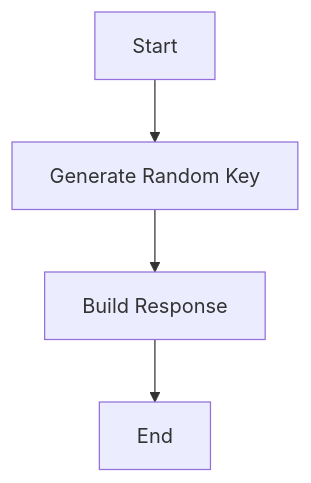
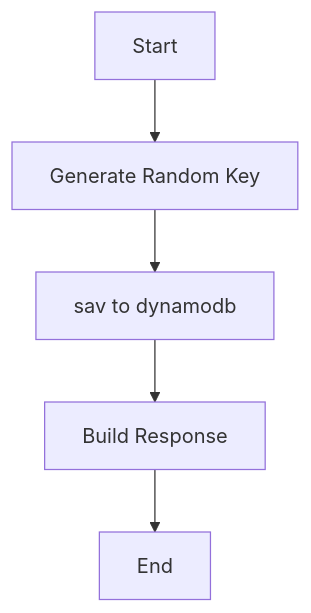
The diagram in README.md (jackjieYYY/hostloc), drawn with Mermaid before and after one commit.

````diff
--- a/README.md
+++ b/README.md
@@ -3,6 +3,7 @@
 ```mermaid
 graph TD
 A[Start] --> B[Generate Random Key]
-B --> C[Build Response]
-C --> D[End]
+B  --> C[sav to dynamodb]
+C --> D[Build Response]
+D --> E[End]
 ```
````
